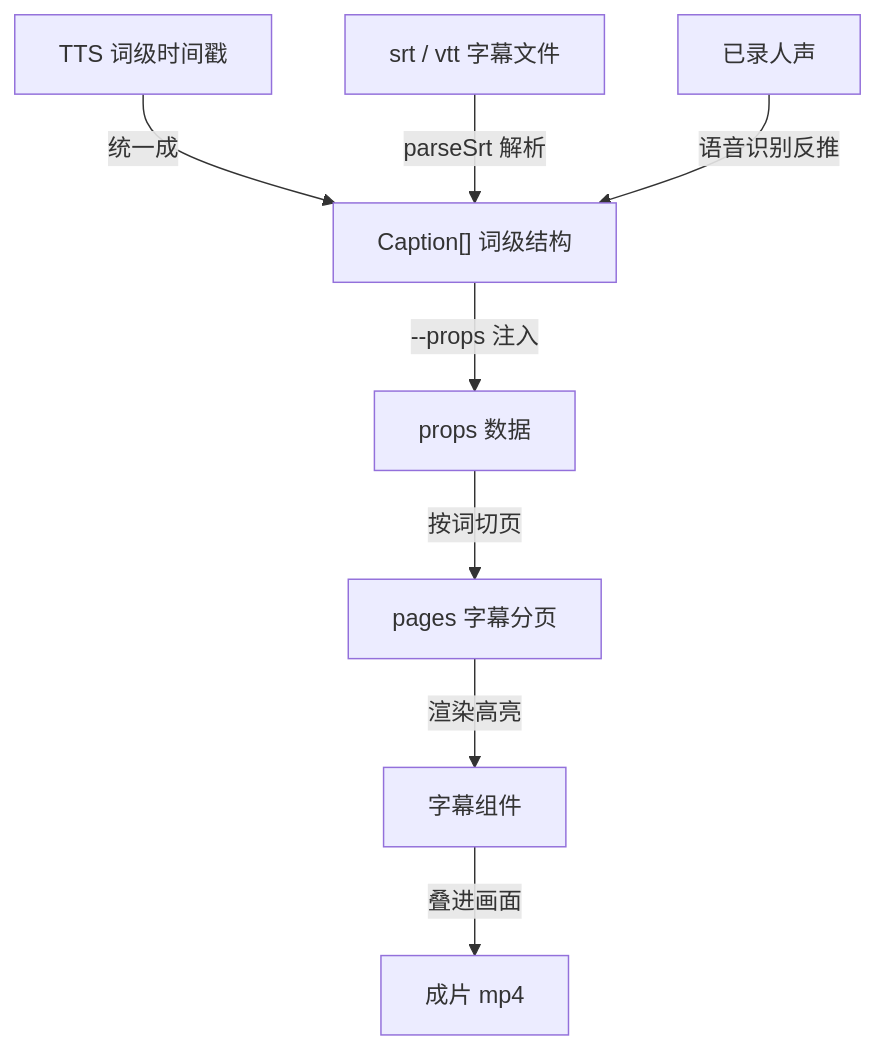
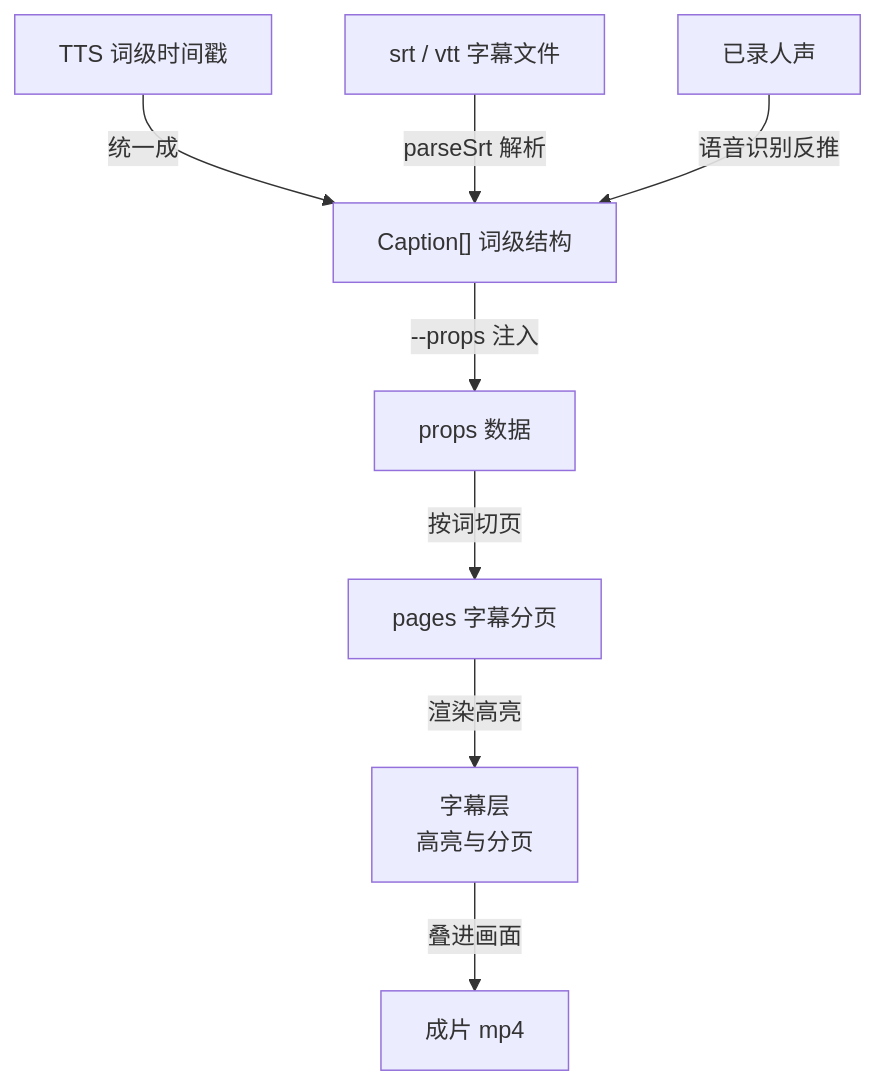
Before and after one commit to wangxiangnan/wangxiangnan.github.io: the diagram in src/remotion/ch07.md, drawn with Mermaid. The commit also changed other lines of this file and 18 other files, not shown here.

````diff
--- a/src/remotion/ch07.md
+++ b/src/remotion/ch07.md
@@ -12,19 +12,19 @@
 ```mermaid
 flowchart TB
     A["TTS 词级时间戳"]
     B["srt / vtt 字幕文件"]
     C["已录人声"]
     D["Caption[] 词级结构"]
     PR["props 数据"]
     PG["pages 字幕分页"]
-    SB["字幕组件"]
+    SB["字幕层<br>高亮与分页"]
     OUT["成片 mp4"]
 
     A -->|"统一成"| D
     B -->|"parseSrt 解析"| D
     C -->|"语音识别反推"| D
     D -->|"--props 注入"| PR
     PR -->|"按词切页"| PG
     PG -->|"渲染高亮"| SB
     SB -->|"叠进画面"| OUT
 ```
````
